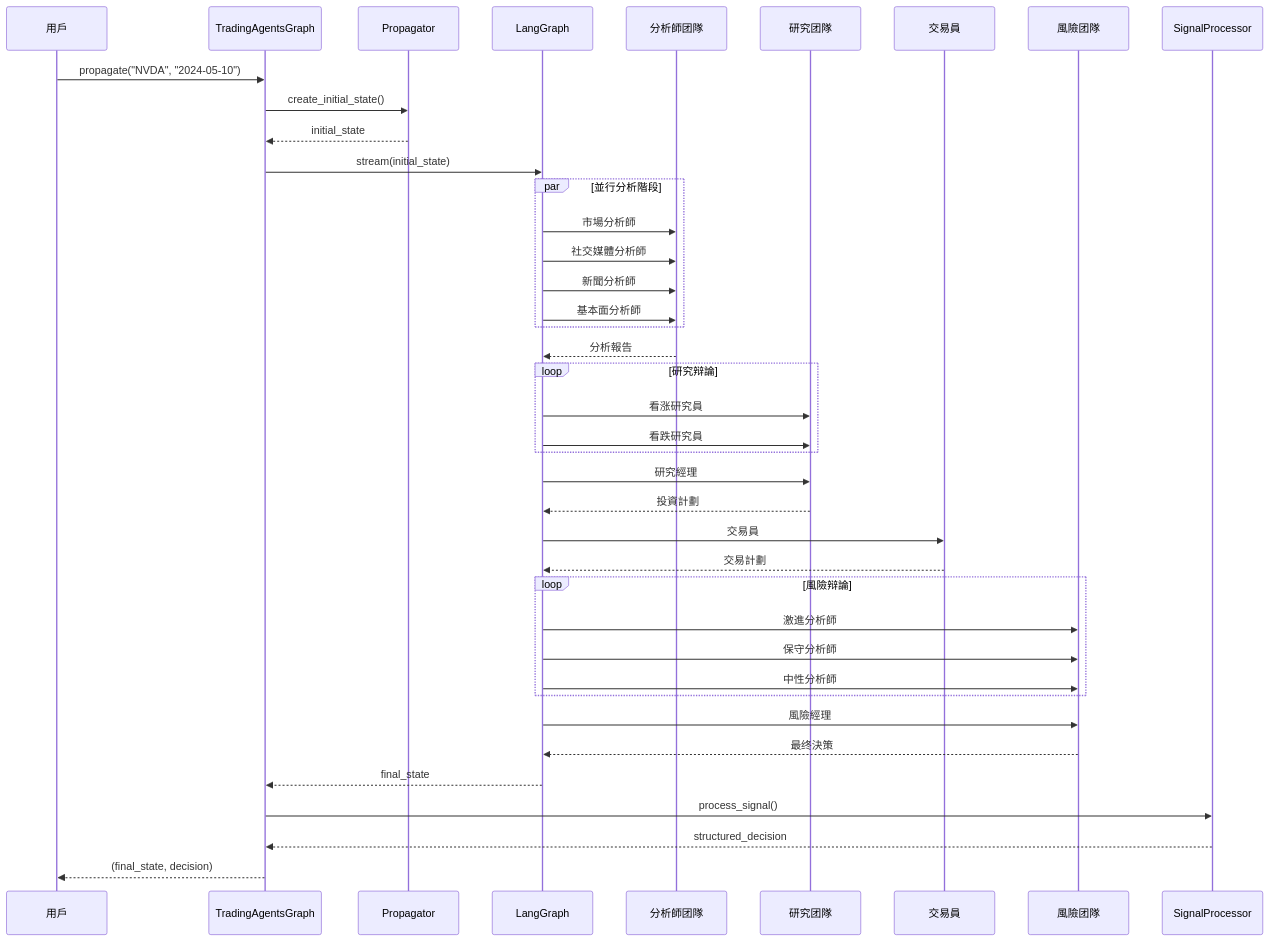
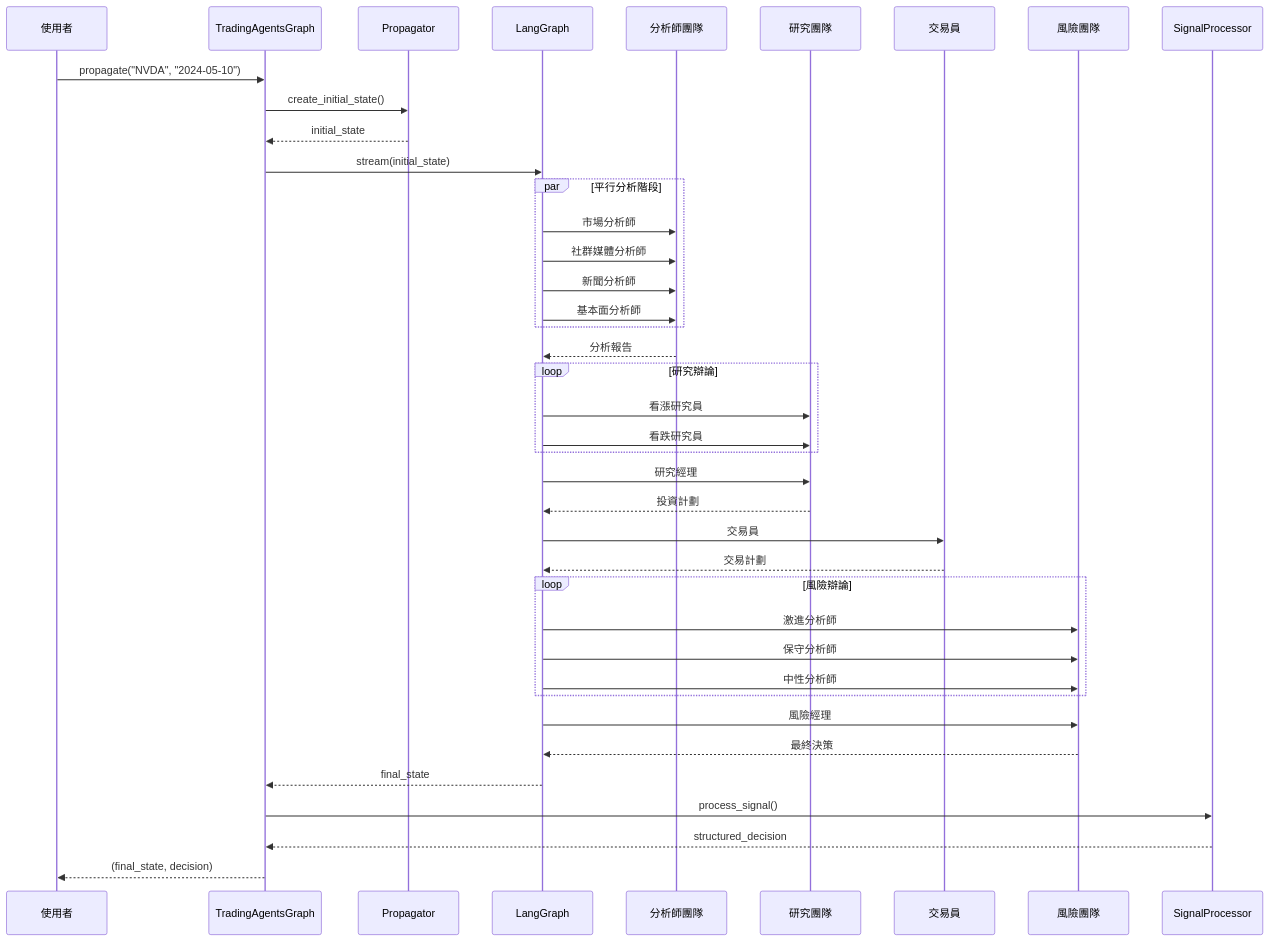
The second of 2 diagrams in docs/architecture/v0.1.13/graph-structure.md (aiinpocket/TradingAgents-CN), drawn with Mermaid before and after one commit. The commit also changed other lines of this file and 277 other files, not shown here.

````diff
--- a/docs/architecture/v0.1.13/graph-structure.md
+++ b/docs/architecture/v0.1.13/graph-structure.md
@@ -448,53 +169,53 @@
 ```mermaid
 sequenceDiagram
-    participant User as 用戶
+    participant User as 使用者
     participant TG as TradingAgentsGraph
     participant P as Propagator
     participant G as LangGraph
-    participant A as 分析師团隊
-    participant R as 研究团隊
+    participant A as 分析師團隊
+    participant R as 研究團隊
     participant T as 交易員
-    participant Risk as 風險团隊
+    participant Risk as 風險團隊
     participant SP as SignalProcessor
-    
+
     User->>TG: propagate("NVDA", "2024-05-10")
     TG->>P: create_initial_state()
     P-->>TG: initial_state
-    
+
     TG->>G: stream(initial_state)
-    
-    par 並行分析階段
+
+    par 平行分析階段
         G->>A: 市場分析師
-        G->>A: 社交媒體分析師
+        G->>A: 社群媒體分析師
         G->>A: 新聞分析師
         G->>A: 基本面分析師
     end
-    
+
     A-->>G: 分析報告
-    
-    loop 研究辩論
-        G->>R: 看涨研究員
+
+    loop 研究辯論
+        G->>R: 看漲研究員
         G->>R: 看跌研究員
     end
-    
+
     G->>R: 研究經理
     R-->>G: 投資計劃
-    
+
     G->>T: 交易員
     T-->>G: 交易計劃
-    
-    loop 風險辩論
+
+    loop 風險辯論
         G->>Risk: 激進分析師
         G->>Risk: 保守分析師
         G->>Risk: 中性分析師
     end
-    
+
     G->>Risk: 風險經理
-    Risk-->>G: 最终決策
-    
+    Risk-->>G: 最終決策
+
     G-->>TG: final_state
     TG->>SP: process_signal()
     SP-->>TG: structured_decision
-    
+
     TG-->>User: (final_state, decision)
 ```
````
